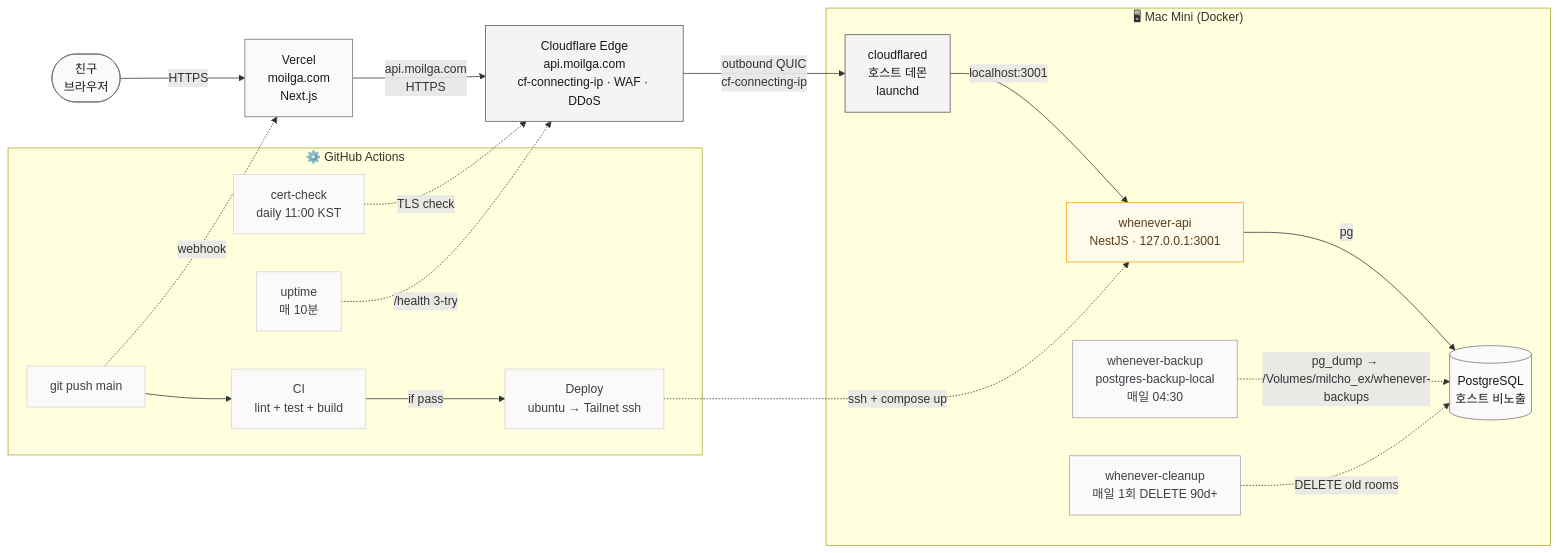
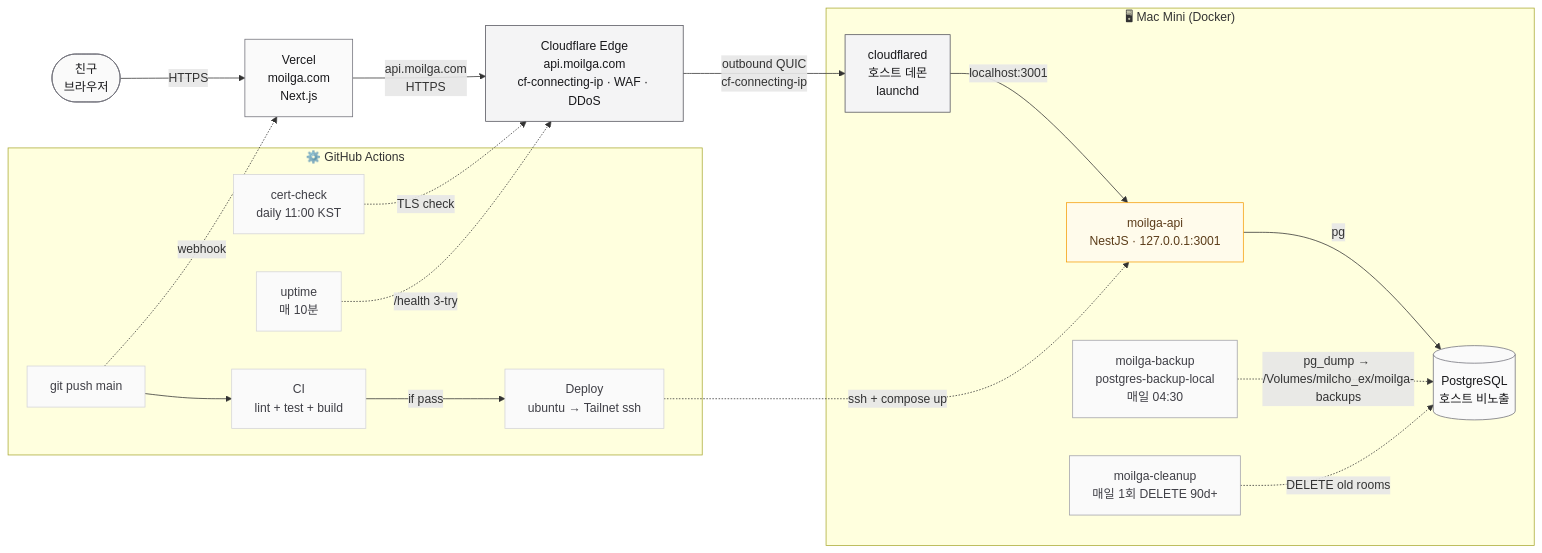
The diagram in README.md (milcho0604/daypoll), drawn with Mermaid before and after one commit. The commit also changed other lines of this file and 2 other files, not shown here.

First line of the commit message:
docs(readme): 아키텍처 구성도 moilga 브랜드 통일 + 글자 깨짐 수정 + PNG 임베드

````diff
--- a/README.md
+++ b/README.md
@@ -103,51 +105,51 @@
 ```mermaid
 flowchart LR
   classDef front fill:#fafafa,stroke:#71717a,color:#18181b
   classDef edge fill:#f4f4f5,stroke:#52525b,color:#18181b
   classDef back fill:#fffbeb,stroke:#f59e0b,color:#5c3d1a
   classDef data fill:#fafafa,stroke:#71717a,color:#18181b
   classDef ops fill:#fafafa,stroke:#a1a1aa,color:#3f3f46
   classDef ci fill:#fafafa,stroke:#d4d4d8,color:#3f3f46
 
   User([친구<br/>브라우저]):::front
   Vercel[Vercel<br/>moilga.com<br/>Next.js]:::front
   CF[Cloudflare Edge<br/>api.moilga.com<br/>cf-connecting-ip · WAF · DDoS]:::edge
   Cloudflared[cloudflared<br/>호스트 데몬<br/>launchd]:::edge
-  API[whenever-api<br/>NestJS · 127.0.0.1:3001]:::back
+  API[moilga-api<br/>NestJS · 127.0.0.1:3001]:::back
   PG[(PostgreSQL<br/>호스트 비노출)]:::data
-  Backup[whenever-backup<br/>postgres-backup-local<br/>매일 04:30]:::ops
-  Cleanup[whenever-cleanup<br/>매일 1회 DELETE 90d+]:::ops
+  Backup[moilga-backup<br/>postgres-backup-local<br/>매일 04:30]:::ops
+  Cleanup[moilga-cleanup<br/>매일 1회 DELETE 90d+]:::ops
 
   subgraph Mac["🖥 Mac Mini (Docker)"]
     Cloudflared
     API
     PG
     Backup
     Cleanup
   end
 
   Push[git push main]:::ci
   CI[CI<br/>lint + test + build]:::ci
   Deploy[Deploy<br/>ubuntu → Tailnet ssh]:::ci
   Cert[cert-check<br/>daily 11:00 KST]:::ci
   Uptime[uptime<br/>매 10분]:::ci
 
   subgraph GHA["⚙️ GitHub Actions"]
     Push --> CI
     CI -->|if pass| Deploy
     Cert
     Uptime
   end
 
   User -->|HTTPS| Vercel
   Vercel -->|api.moilga.com<br/>HTTPS| CF
   CF -->|outbound QUIC<br/>cf-connecting-ip| Cloudflared
   Cloudflared -->|localhost:3001| API
   API -->|pg| PG
-  Backup -.->|pg_dump → /Volumes/milcho_ex/whenever-backups| PG
+  Backup -.->|pg_dump → /Volumes/milcho_ex/moilga-backups| PG
   Cleanup -.->|DELETE old rooms| PG
   Deploy -.->|ssh + compose up| API
   Push -.->|webhook| Vercel
   Cert -.->|TLS check| CF
   Uptime -.->|/health 3-try| CF
 ```
````
